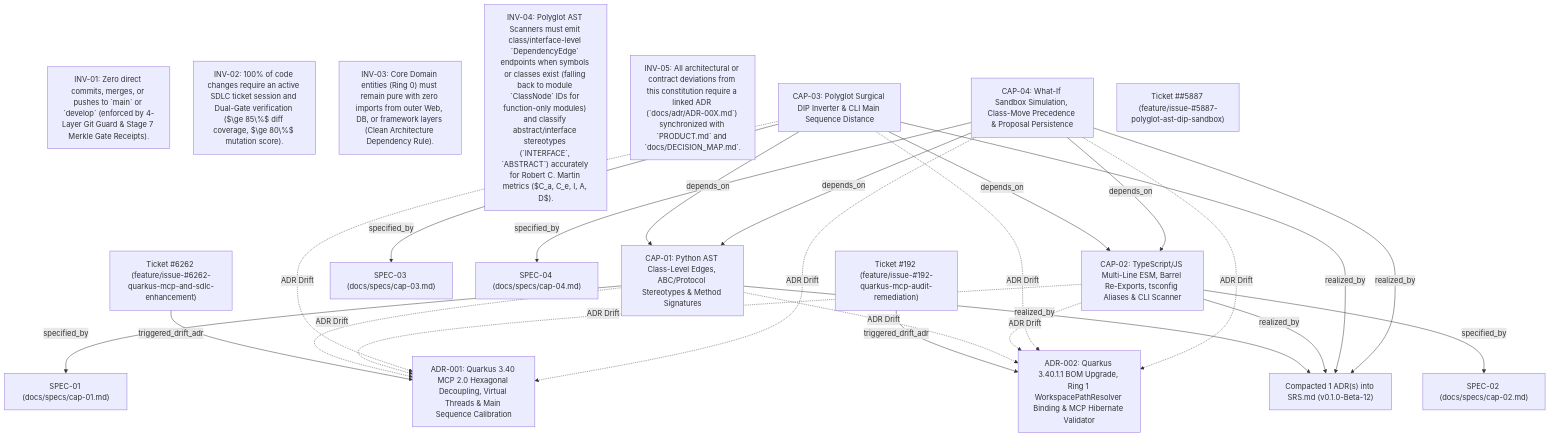
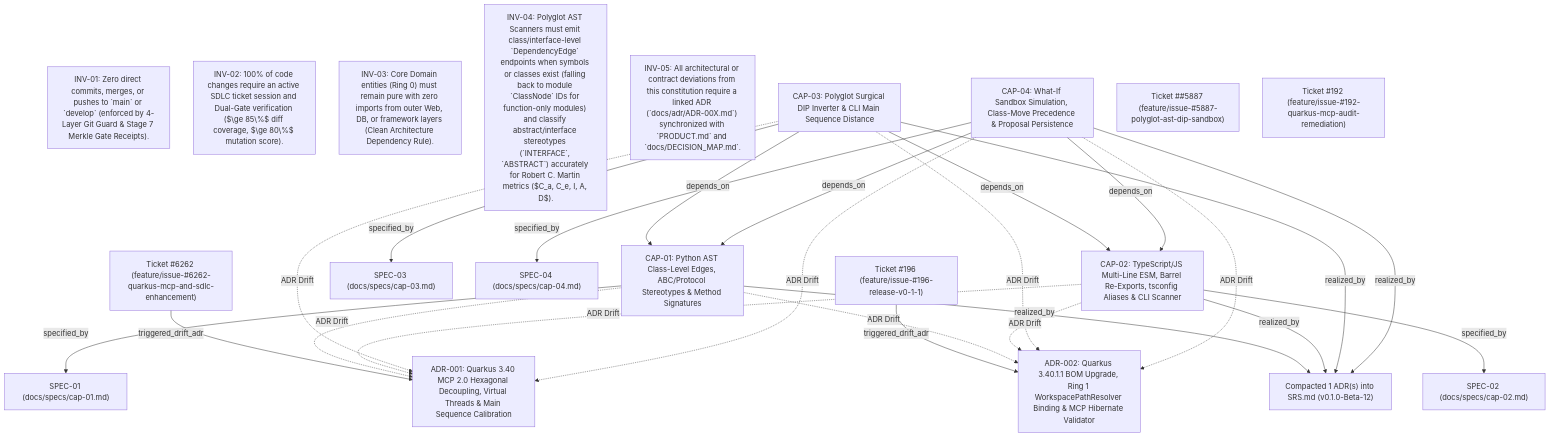
The diagram in docs/DECISION_MAP.md (fmatar/archlens), drawn with Mermaid before and after one commit. The commit also changed other lines of this file and 18 other files, not shown here.

````diff
--- a/docs/DECISION_MAP.md
+++ b/docs/DECISION_MAP.md
@@ -9,44 +9,45 @@
 ```mermaid
 flowchart TD
   INV_01["INV-01: Zero direct commits, merges, or pushes to `main` or `develop` (enforced by 4-Layer Git Guard & Stage 7 Merkle Gate Receipts)."]
   INV_02["INV-02: 100% of code changes require an active SDLC ticket session and Dual-Gate verification ($\ge 85\%$ diff coverage, $\ge 80\%$ mutation score)."]
   INV_03["INV-03: Core Domain entities (Ring 0) must remain pure with zero imports from outer Web, DB, or framework layers (Clean Architecture Dependency Rule)."]
   INV_04["INV-04: Polyglot AST Scanners must emit class/interface-level `DependencyEdge` endpoints when symbols or classes exist (falling back to module `ClassNode` IDs for function-only modules) and classify abstract/interface stereotypes (`INTERFACE`, `ABSTRACT`) accurately for Robert C. Martin metrics ($C_a, C_e, I, A, D$)."]
   INV_05["INV-05: All architectural or contract deviations from this constitution require a linked ADR (`docs/adr/ADR-00X.md`) synchronized with `PRODUCT.md` and `docs/DECISION_MAP.md`."]
   CAP_01["CAP-01: Python AST Class-Level Edges, ABC/Protocol Stereotypes & Method Signatures"]
   SPEC_01["SPEC-01 (docs/specs/cap-01.md)"]
   CAP_02["CAP-02: TypeScript/JS Multi-Line ESM, Barrel Re-Exports, tsconfig Aliases & CLI Scanner"]
   SPEC_02["SPEC-02 (docs/specs/cap-02.md)"]
   CAP_03["CAP-03: Polyglot Surgical DIP Inverter & CLI Main Sequence Distance"]
   SPEC_03["SPEC-03 (docs/specs/cap-03.md)"]
   CAP_04["CAP-04: What-If Sandbox Simulation, Class-Move Precedence & Proposal Persistence"]
   SPEC_04["SPEC-04 (docs/specs/cap-04.md)"]
   ADR_001["ADR-001: Quarkus 3.40 MCP 2.0 Hexagonal Decoupling, Virtual Threads & Main Sequence Calibration"]
   _6262["Ticket #6262 (feature/issue-#6262-quarkus-mcp-and-sdlc-enhancement)"]
   ADR_002["ADR-002: Quarkus 3.40.1.1 BOM Upgrade, Ring 1 WorkspacePathResolver Binding & MCP Hibernate Validator"]
-  _192["Ticket #192 (feature/issue-#192-quarkus-mcp-audit-remediation)"]
+  _196["Ticket #196 (feature/issue-#196-release-v0-1-1)"]
   ADR_COMPACT_v0_1_0_Beta_12["Compacted 1 ADR(s) into SRS.md (v0.1.0-Beta-12)"]
   __5887["Ticket ##5887 (feature/issue-#5887-polyglot-ast-dip-sandbox)"]
+  _192["Ticket #192 (feature/issue-#192-quarkus-mcp-audit-remediation)"]
   CAP_01 -->|specified_by| SPEC_01
   CAP_02 -->|specified_by| SPEC_02
   CAP_03 -->|specified_by| SPEC_03
   CAP_03 -->|depends_on| CAP_01
   CAP_03 -->|depends_on| CAP_02
   CAP_04 -->|specified_by| SPEC_04
   CAP_04 -->|depends_on| CAP_01
   CAP_04 -->|depends_on| CAP_02
   _6262 -->|triggered_drift_adr| ADR_001
   CAP_01 -.->|ADR Drift| ADR_001
   CAP_02 -.->|ADR Drift| ADR_001
   CAP_03 -.->|ADR Drift| ADR_001
   CAP_04 -.->|ADR Drift| ADR_001
-  _192 -->|triggered_drift_adr| ADR_002
+  _196 -->|triggered_drift_adr| ADR_002
   CAP_01 -.->|ADR Drift| ADR_002
   CAP_02 -.->|ADR Drift| ADR_002
   CAP_03 -.->|ADR Drift| ADR_002
   CAP_04 -.->|ADR Drift| ADR_002
   CAP_01 -->|realized_by| ADR_COMPACT_v0_1_0_Beta_12
   CAP_02 -->|realized_by| ADR_COMPACT_v0_1_0_Beta_12
   CAP_03 -->|realized_by| ADR_COMPACT_v0_1_0_Beta_12
   CAP_04 -->|realized_by| ADR_COMPACT_v0_1_0_Beta_12
 ```
````
